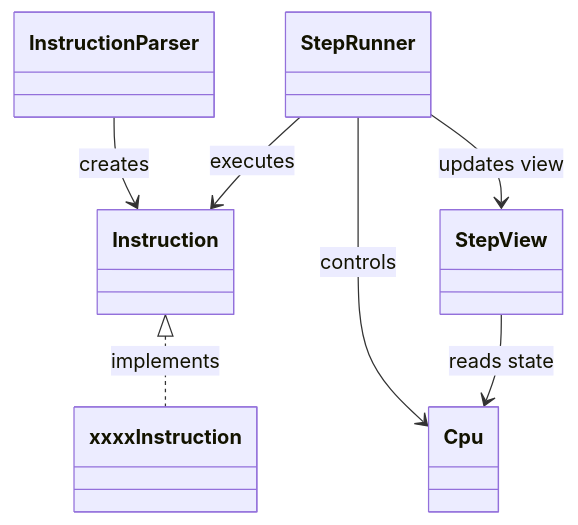
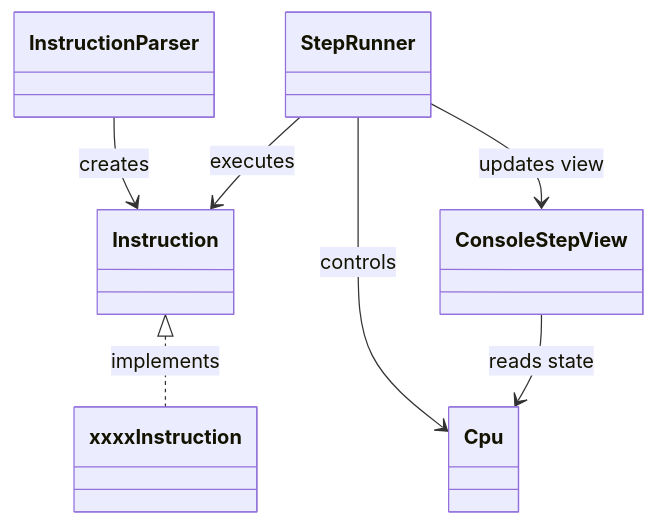
The diagram in README.md (mkunori/MipsStepLab), drawn with Mermaid before and after one commit. The commit also changed other lines of this file and 3 other files, not shown here.

Commit message:
StepView → ConsoleStepView

````diff
--- a/README.md
+++ b/README.md
@@ -167,17 +167,17 @@
 ```mermaid
 classDiagram
 
 class Cpu
 class Instruction
 class InstructionParser
 class StepRunner
-class StepView
+class ConsoleStepView
 
 Instruction <|.. xxxxInstruction : implements
 
 InstructionParser --> Instruction : creates
 StepRunner --> Instruction : executes
 StepRunner --> Cpu : controls
-StepRunner --> StepView : updates view
-StepView --> Cpu : reads state
+StepRunner --> ConsoleStepView : updates view
+ConsoleStepView --> Cpu : reads state
 ```
````
